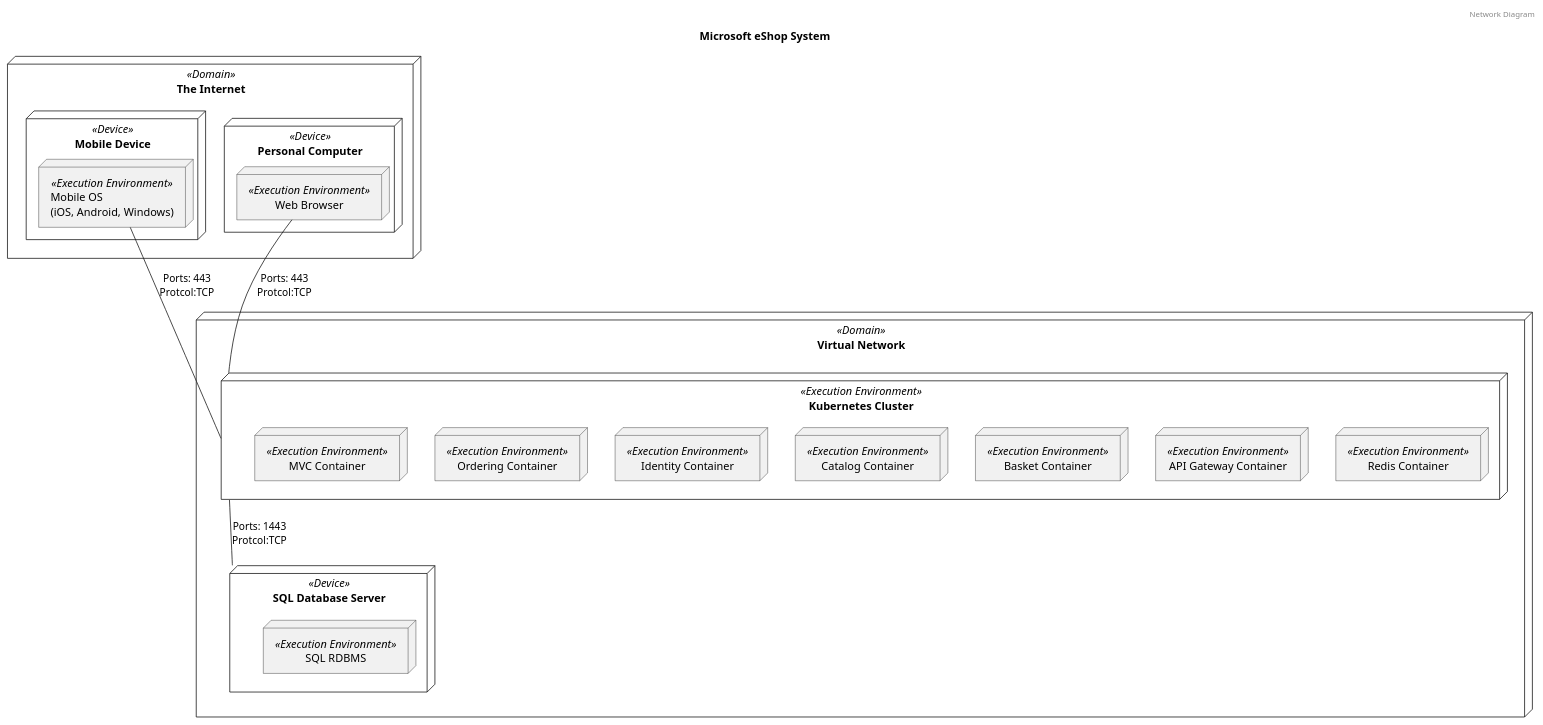
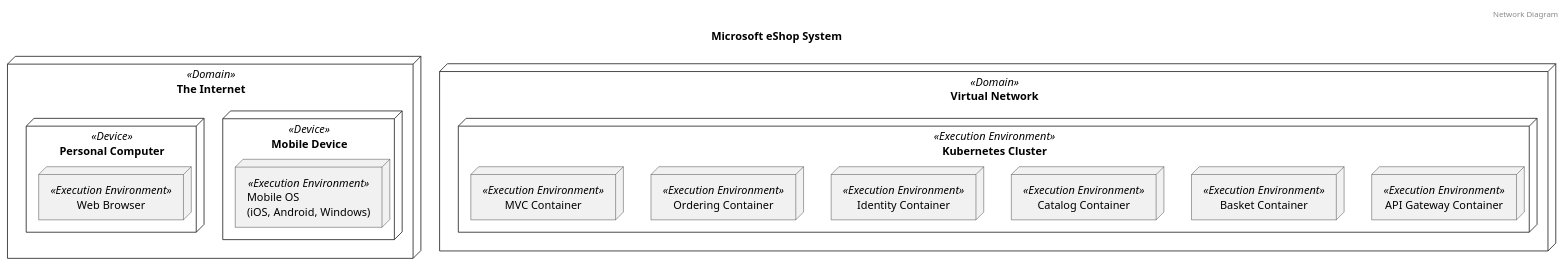
One commit to garrettsutula/example-trellis-project changed the first of 3 diagrams in diagrams/systems/Microsoft_eShop_System.puml. Above: the diagram before and after it, drawn with PlantUML. The commit also changed other lines of this file and 23 other files, not shown here.

Commit message:
Update deps, add examples of new diagrams, update for breaking interface changes

```diff
--- a/diagrams/systems/Microsoft_eShop_System.puml
+++ b/diagrams/systems/Microsoft_eShop_System.puml
@@ -1,39 +1,30 @@
 @startuml Network Diagram Microsoft eShop System
 header Network Diagram
 title Microsoft eShop System
-	node "The Internet" as The_Internet <<Domain>> {
-		node "Mobile Device" as Mobile_Device <<Device>> {
-			node "Mobile OS\n(iOS, Android, Windows)" as Mobile_OSiOS_Android_Windows <<Execution Environment>> {
-			}
-		}
-		node "Personal Computer" as Personal_Computer <<Device>> {
-			node "Web Browser" as Web_Browser <<Execution Environment>> {
-			}
+node "The Internet" as The_Internet <<Domain>> {
+	node "Mobile Device" as Mobile_Device <<Device>> {
+		node "Mobile OS\n(iOS, Android, Windows)" as Mobile_OSiOS_Android_Windows <<Execution Environment>> {
 		}
 	}
-	node "Virtual Network" as Virtual_Network <<Domain>> {
-		node "Kubernetes Cluster" as Kubernetes_Cluster <<Execution Environment>> {
-			node "Redis Container" as Redis_Container <<Execution Environment>> {
-			}
-			node "API Gateway Container" as API_Gateway_Container <<Execution Environment>> {
-			}
-			node "Basket Container" as Basket_Container <<Execution Environment>> {
-			}
-			node "Catalog Container" as Catalog_Container <<Execution Environment>> {
-			}
-			node "Identity Container" as Identity_Container <<Execution Environment>> {
-			}
-			node "Ordering Container" as Ordering_Container <<Execution Environment>> {
-			}
-			node "MVC Container" as MVC_Container <<Execution Environment>> {
-			}
-		}
-		node "SQL Database Server" as SQL_Database_Server <<Device>> {
-			node "SQL RDBMS" as SQL_RDBMS <<Execution Environment>> {
-			}
+	node "Personal Computer" as Personal_Computer <<Device>> {
+		node "Web Browser" as Web_Browser <<Execution Environment>> {
 		}
 	}
-	Web_Browser -- Kubernetes_Cluster: Ports: 443\nProtcol:TCP
-	Mobile_OSiOS_Android_Windows -- Kubernetes_Cluster: Ports: 443\nProtcol:TCP
-	Kubernetes_Cluster -- SQL_Database_Server: Ports: 1443\nProtcol:TCP
+}
+node "Virtual Network" as Virtual_Network <<Domain>> {
+	node "Kubernetes Cluster" as Kubernetes_Cluster <<Execution Environment>> {
+		node "API Gateway Container" as API_Gateway_Container <<Execution Environment>> {
+		}
+		node "Basket Container" as Basket_Container <<Execution Environment>> {
+		}
+		node "Catalog Container" as Catalog_Container <<Execution Environment>> {
+		}
+		node "Identity Container" as Identity_Container <<Execution Environment>> {
+		}
+		node "Ordering Container" as Ordering_Container <<Execution Environment>> {
+		}
+		node "MVC Container" as MVC_Container <<Execution Environment>> {
+		}
+	}
+}
 @enduml
```
